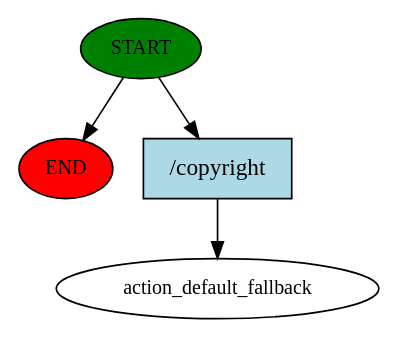
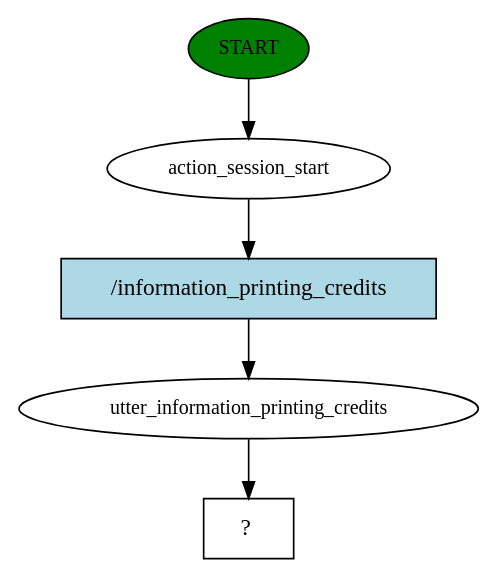
One commit to FrancisTembo/libbot changed the diagram in story_graph.dot. Above: the diagram before and after it, drawn with Graphviz. The commit also changed 6 other files, not shown here.

Commit message:
checkpoint resolve action fallback failure

```diff
--- a/story_graph.dot
+++ b/story_graph.dot
@@ -1,9 +1,11 @@
 digraph  {
 0 [class="start active", fillcolor=green, fontsize=12, label=START, style=filled];
-"-1" [class=end, fillcolor=red, fontsize=12, label=END, style=filled];
-1 [class="dashed active", fontsize=12, label=action_default_fallback];
-2 [class="intent active", fillcolor=lightblue, label="/copyright", shape=rect, style=filled];
-0 -> "-1"  [class="", key=NONE, label=""];
-0 -> 2  [class=active, key=0];
-2 -> 1  [class=active, key=0];
+1 [class=active, fontsize=12, label=action_session_start];
+2 [class=active, fontsize=12, label=utter_information_printing_credits];
+3 [class="intent dashed active", label="  ?  ", shape=rect];
+4 [class="intent active", fillcolor=lightblue, label="/information_printing_credits", shape=rect, style=filled];
+0 -> 1  [class=active, key=NONE, label=""];
+1 -> 4  [class=active, key=0];
+2 -> 3  [class=active, key=NONE, label=""];
+4 -> 2  [class=active, key=0];
 }
```
